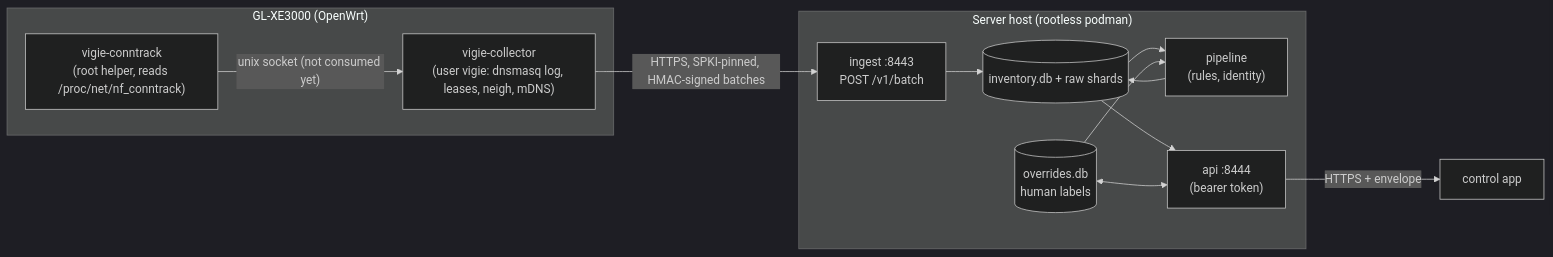
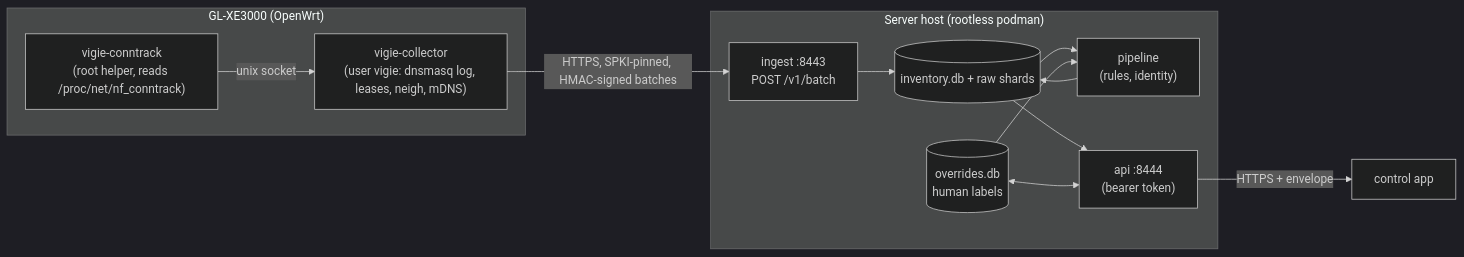
Before and after one commit to bearyjd/vigie-network: the diagram in README.md, drawn with Mermaid (dark theme). The commit also changed 84 other files, not shown here.

````diff
--- a/README.md
+++ b/README.md
@@ -14,18 +14,18 @@
 ```mermaid
 flowchart LR
   subgraph Router["GL-XE3000 (OpenWrt)"]
     CT["vigie-conntrack<br/>(root helper, reads /proc/net/nf_conntrack)"]
     AG["vigie-collector<br/>(user vigie: dnsmasq log, leases, neigh, mDNS)"]
-    CT -- "unix socket (not consumed yet)" --> AG
+    CT -- "unix socket" --> AG
   end
   AG -- "HTTPS, SPKI-pinned, HMAC-signed batches" --> IN
   subgraph Server["Server host (rootless podman)"]
     IN["ingest :8443<br/>POST /v1/batch"] --> DB[("inventory.db + raw shards")]
     DB --> PL["pipeline<br/>(rules, identity)"]
     PL --> DB
     DB --> API["api :8444<br/>(bearer token)"]
     OV[("overrides.db<br/>human labels")] <--> API
     OV --> PL
   end
   API -- "HTTPS + envelope" --> APP["control app"]
 ```
````
